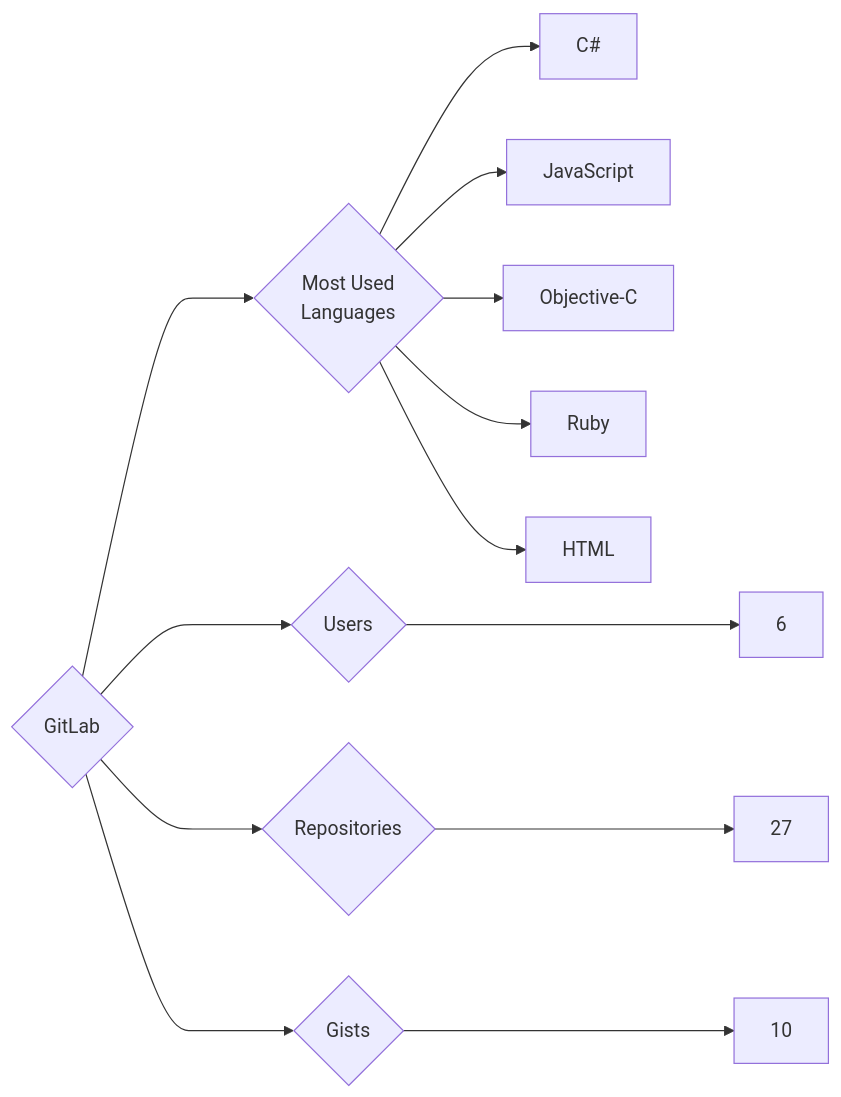
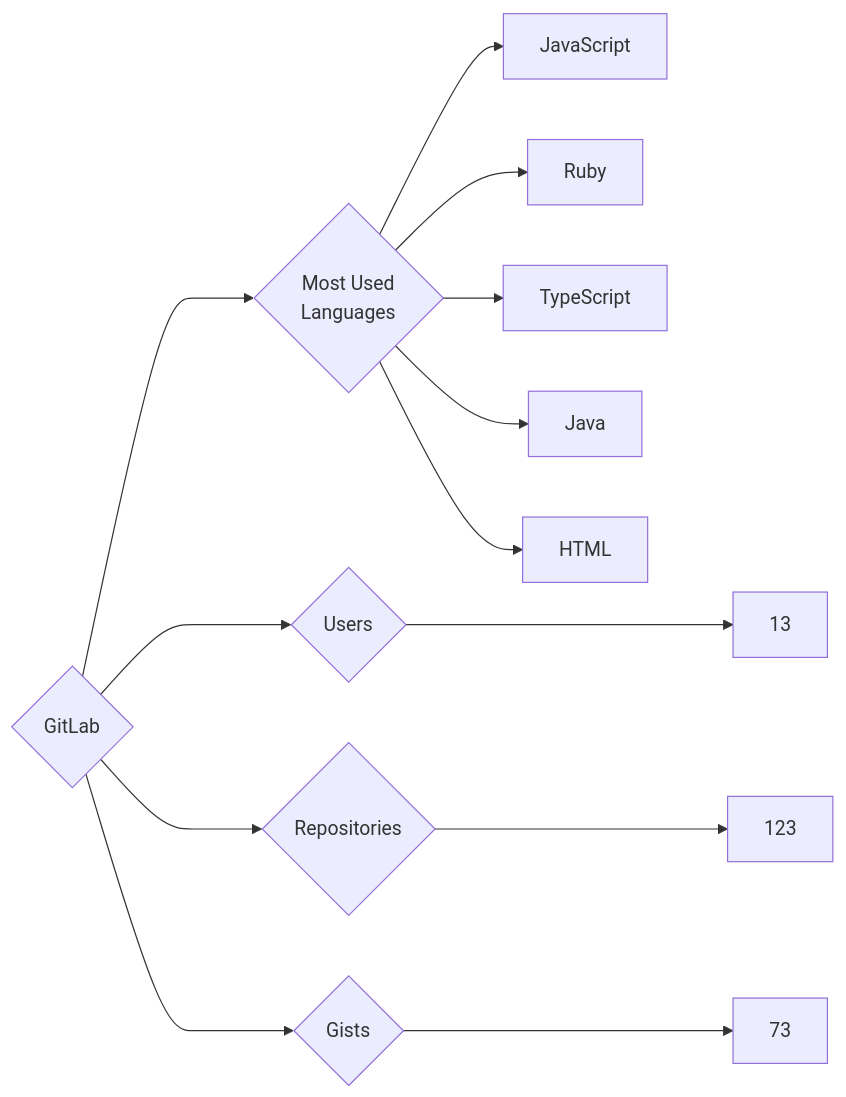
The diagram in targets/GitLab/README.md (trickest/insiders), drawn with Mermaid before and after one commit. The commit also changed 1238 other files, not shown here.

````diff
--- a/targets/GitLab/README.md
+++ b/targets/GitLab/README.md
@@ -3,13 +3,13 @@
 ```mermaid
 graph LR
 COMPANY_NAME{GitLab}
-COMPANY_NAME ---> U{Users} ---> UN[6]
-COMPANY_NAME ---> R{Repositories} ---> RN[27]
-COMPANY_NAME ---> G{Gists} ---> GN[10]
+COMPANY_NAME ---> U{Users} ---> UN[13]
+COMPANY_NAME ---> R{Repositories} ---> RN[123]
+COMPANY_NAME ---> G{Gists} ---> GN[73]
 COMPANY_NAME ---> ML{Most Used<br>Languages}
-ML --> C#[C#]
 ML --> JavaScript[JavaScript]
-ML --> Objective-C[Objective-C]
 ML --> Ruby[Ruby]
+ML --> TypeScript[TypeScript]
+ML --> Java[Java]
 ML --> HTML[HTML]
 ```
````
